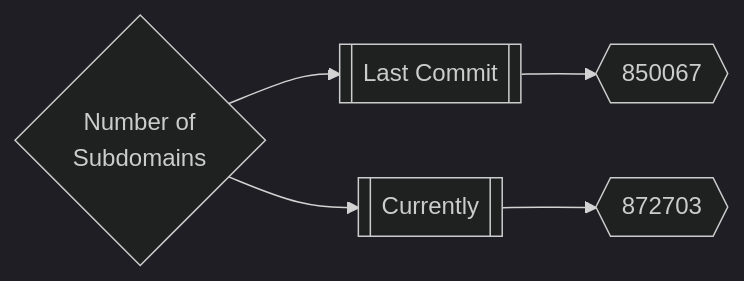
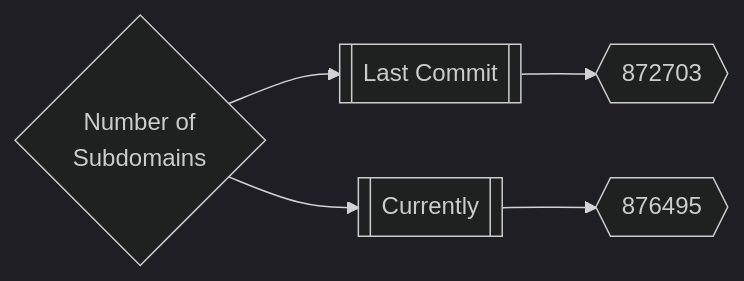
The first of 3 diagrams in README.md (trickest/inventory), drawn with Mermaid (dark theme) before and after one commit. The commit also changed other lines of this file, not shown here.

Commit message:
Update README.md Thu Jun  9 17:46:02 UTC 2022

````diff
--- a/README.md
+++ b/README.md
@@ -165,5 +165,5 @@
 ```mermaid
 graph LR
-title{Number of<br>Subdomains} --> subdomainsDate1[[Last Commit]] --> subdomainsNum1{{850067}}
-title --> subdomainsDate2[[Currently]] --> subdomainsNum2{{872703}}
+title{Number of<br>Subdomains} --> subdomainsDate1[[Last Commit]] --> subdomainsNum1{{872703}}
+title --> subdomainsDate2[[Currently]] --> subdomainsNum2{{876495}}
 ```
````
